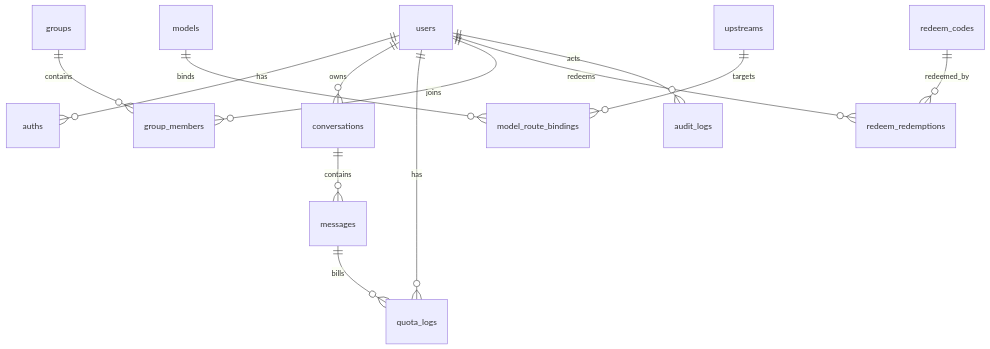
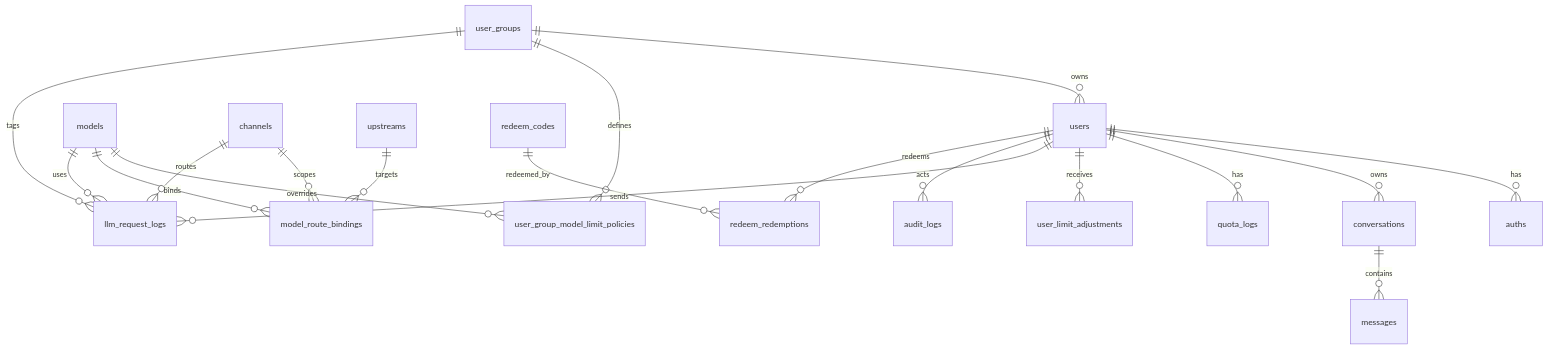
The diagram in docs/Data-Model-and-State-v0.1.md (Coco422/mr-chat), drawn with Mermaid before and after one commit. The commit also changed other lines of this file and 24 other files, not shown here.

````diff
--- a/docs/Data-Model-and-State-v0.1.md
+++ b/docs/Data-Model-and-State-v0.1.md
@@ -21,15 +23,21 @@
 ```mermaid
 erDiagram
     users ||--o{ auths : has
+    user_groups ||--o{ users : owns
     users ||--o{ conversations : owns
+    conversations ||--o{ messages : contains
     users ||--o{ quota_logs : has
-    users ||--o{ group_members : joins
-    groups ||--o{ group_members : contains
+    user_groups ||--o{ user_group_model_limit_policies : defines
+    users ||--o{ user_limit_adjustments : receives
+    models ||--o{ user_group_model_limit_policies : overrides
     models ||--o{ model_route_bindings : binds
+    channels ||--o{ model_route_bindings : scopes
     upstreams ||--o{ model_route_bindings : targets
-    conversations ||--o{ messages : contains
-    messages ||--o{ quota_logs : bills
+    users ||--o{ llm_request_logs : sends
+    user_groups ||--o{ llm_request_logs : tags
+    models ||--o{ llm_request_logs : uses
+    channels ||--o{ llm_request_logs : routes
+    users ||--o{ audit_logs : acts
     redeem_codes ||--o{ redeem_redemptions : redeemed_by
     users ||--o{ redeem_redemptions : redeems
-    users ||--o{ audit_logs : acts
 ```
````
